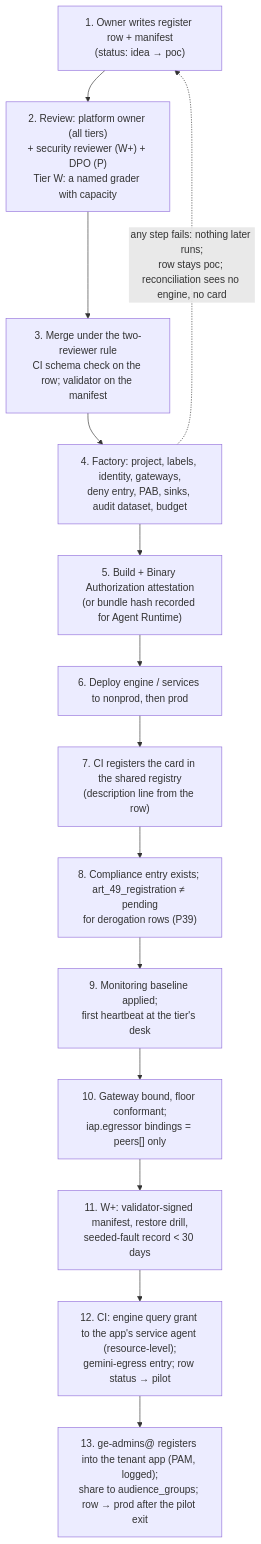
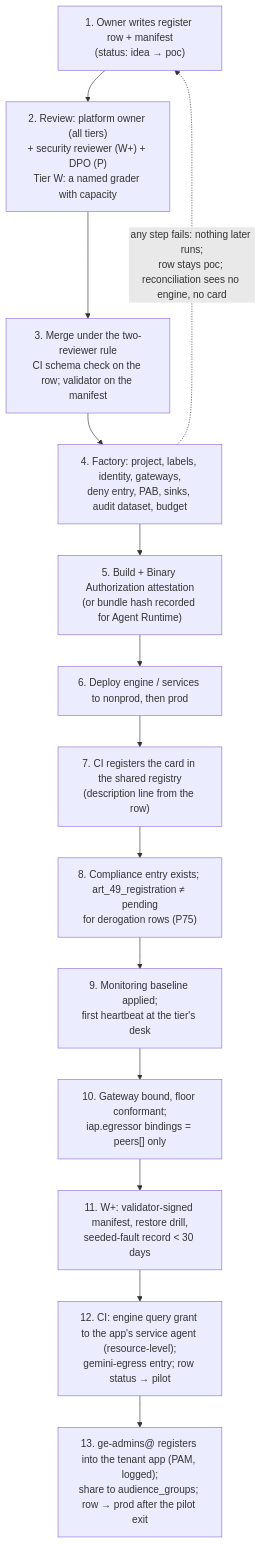
Before and after one commit to jsbdfgidsfg/agentic-platform: the second of 2 diagrams in platform/agentic-platform/05-registry-and-autonomy-contract.md, drawn with Mermaid. The commit also changed other lines of this file and 13 other files, not shown here.

First line of the commit message:
agentic-platform: 12-open-decisions register (P1–P141) and README; renumber pages 02–11 into one sequence; commit pages 10, 11

````diff
--- a/platform/agentic-platform/05-registry-and-autonomy-contract.md
+++ b/platform/agentic-platform/05-registry-and-autonomy-contract.md
@@ -316,16 +316,16 @@
 ```mermaid
 flowchart TB
     A1["1. Owner writes register row + manifest<br/>(status: idea → poc)"] --> A2["2. Review: platform owner (all tiers)<br/>+ security reviewer (W+) + DPO (P)<br/>Tier W: a named grader with capacity"]
     A2 --> A3["3. Merge under the two-reviewer rule<br/>CI schema check on the row; validator on the manifest"]
     A3 --> B4["4. Factory: project, labels, identity, gateways,<br/>deny entry, PAB, sinks, audit dataset, budget"]
     B4 --> B5["5. Build + Binary Authorization attestation<br/>(or bundle hash recorded for Agent Runtime)"]
     B5 --> B6["6. Deploy engine / services to nonprod, then prod"]
     B6 --> B7["7. CI registers the card in the shared registry<br/>(description line from the row)"]
-    B7 --> B8["8. Compliance entry exists; art_49_registration ≠ pending<br/>for derogation rows (P39)"]
+    B7 --> B8["8. Compliance entry exists; art_49_registration ≠ pending<br/>for derogation rows (P75)"]
     B8 --> B9["9. Monitoring baseline applied;<br/>first heartbeat at the tier's desk"]
     B9 --> B10["10. Gateway bound, floor conformant;<br/>iap.egressor bindings = peers[] only"]
     B10 --> B11["11. W+: validator-signed manifest, restore drill,<br/>seeded-fault record < 30 days"]
     B11 --> B12["12. CI: engine query grant to the app's service agent (resource-level);<br/>gemini-egress entry; row status → pilot"]
     B12 --> C13["13. ge-admins@ registers into the tenant app (PAM, logged);<br/>share to audience_groups; row → prod after the pilot exit"]
     B4 -. "any step fails: nothing later runs;<br/>row stays poc; reconciliation sees no engine, no card" .-> A1
 ```
````
